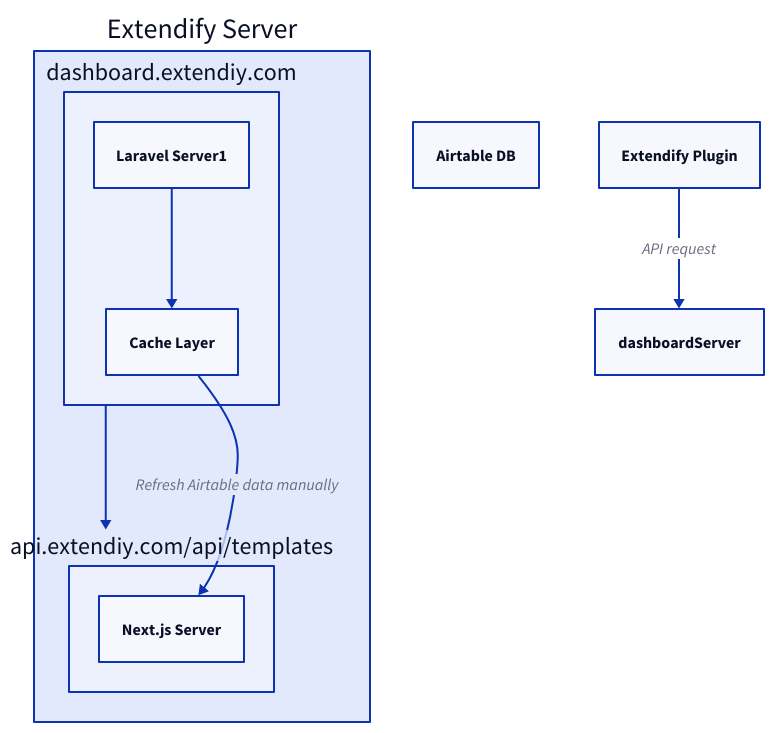
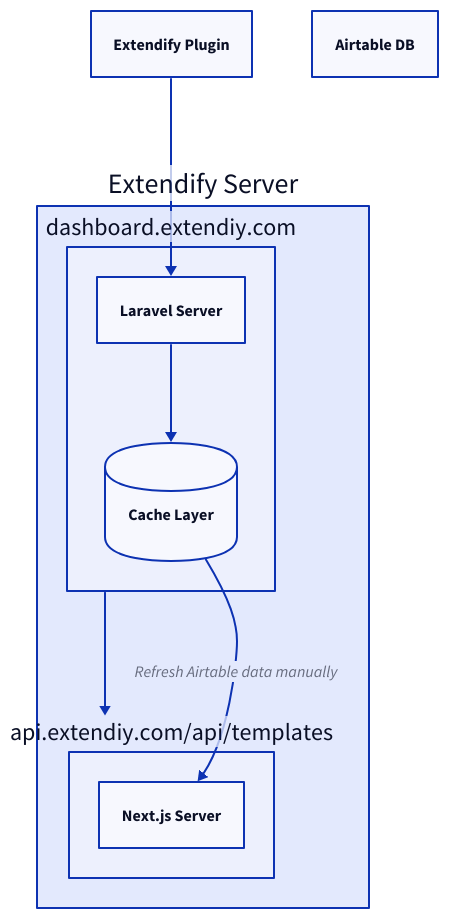
One commit to dgwyer/myapp changed the diagram in d2/file.d2. Above: the diagram before and after it, drawn with D2.

Commit message:
try to render

```diff
--- a/d2/file.d2
+++ b/d2/file.d2
@@ -1,27 +1,29 @@
 a: Extendify Plugin
-e: Airtable DB
+b: Airtable DB
 
 extendifyServer: {
   label: Extendify Server
 
   dashboardServer: {
     label: dashboard.extendiy.com
-    ls: Laravel Server1
+    ls: Laravel Server
     cl: Cache Layer
+    cl.shape: cylinder
 
     ls -> cl
   }
 
   apiServer:  {
     label: api.extendiy.com/api/templates
     nj: Next.js Server
 
     # _.dashboardServer.ls -> nj
   }
 
   dashboardServer -> apiServer
   # dashboardServer.ls -> apiServer.nj: Custom connector label
   dashboardServer.cl -> apiServer.nj: Refresh Airtable data manually
 }
 
-a -> dashboardServer: API request
+# a -> dashboardServer: API request
+a -> extendifyServer.dashboardServer.ls
```
